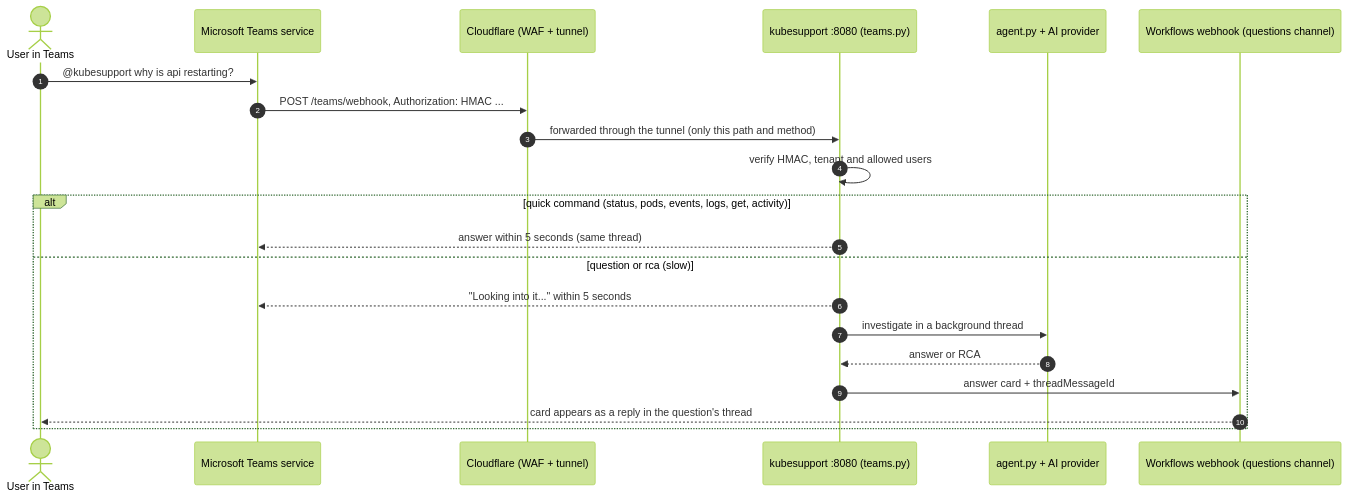
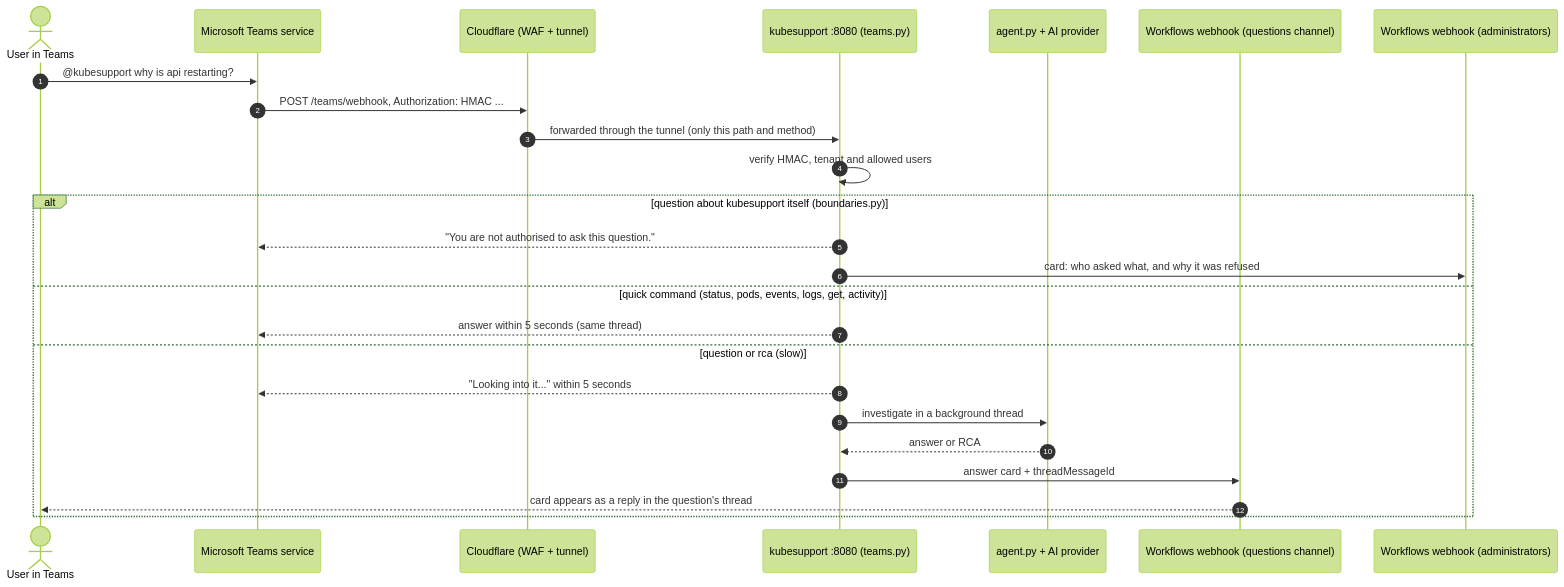
One commit to jaychandra1/Agent-kube changed the sixth of 10 diagrams in docs/ARCHITECTURE.md. Above: the diagram before and after it, drawn with Mermaid (forest theme). The commit also changed other lines of this file and 20 other files, not shown here.

````diff
--- a/docs/ARCHITECTURE.md
+++ b/docs/ARCHITECTURE.md
@@ -190,23 +190,27 @@
 ```mermaid
 sequenceDiagram
     autonumber
     actor U as User in Teams
     participant MS as Microsoft Teams service
     participant CF as Cloudflare (WAF + tunnel)
     participant TA as kubesupport :8080 (teams.py)
     participant A as agent.py + AI provider
     participant WH as Workflows webhook (questions channel)
+    participant AD as Workflows webhook (administrators)
     U->>MS: @kubesupport why is api restarting?
     MS->>CF: POST /teams/webhook, Authorization: HMAC ...
     CF->>TA: forwarded through the tunnel (only this path and method)
     TA->>TA: verify HMAC, tenant and allowed users
-    alt quick command (status, pods, events, logs, get, activity)
+    alt question about kubesupport itself (boundaries.py)
+        TA-->>MS: "You are not authorised to ask this question."
+        TA->>AD: card: who asked what, and why it was refused
+    else quick command (status, pods, events, logs, get, activity)
         TA-->>MS: answer within 5 seconds (same thread)
     else question or rca (slow)
         TA-->>MS: "Looking into it..." within 5 seconds
         TA->>A: investigate in a background thread
         A-->>TA: answer or RCA
         TA->>WH: answer card + threadMessageId
         WH-->>U: card appears as a reply in the question's thread
     end
 ```
````
